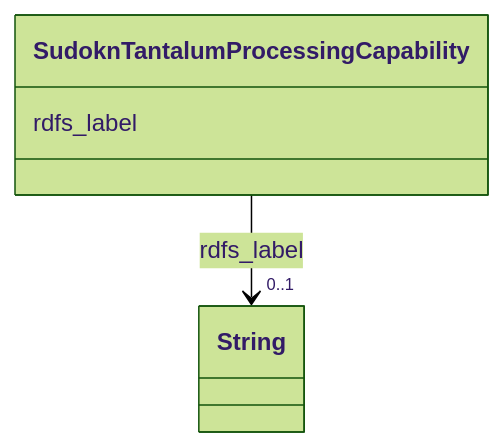
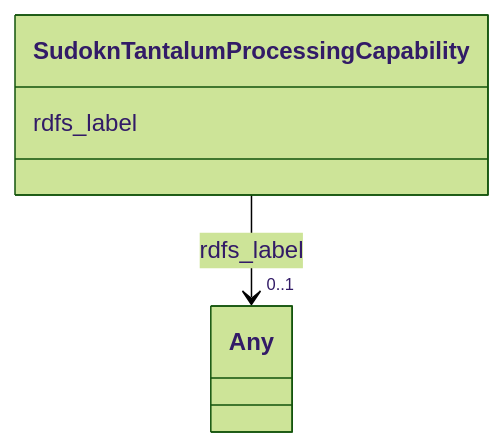
One commit to frink-okn/graph-descriptions changed the diagram in sudokn-kg/classes/SudoknTantalumProcessingCapability.md. Above: the diagram before and after it, drawn with Mermaid (forest theme). The commit also changed other lines of this file and 903 other files, not shown here.

````diff
--- a/sudokn-kg/classes/SudoknTantalumProcessingCapability.md
+++ b/sudokn-kg/classes/SudoknTantalumProcessingCapability.md
@@ -23,15 +18,15 @@
 ```mermaid
  classDiagram
     class SudoknTantalumProcessingCapability
     click SudoknTantalumProcessingCapability href "../SudoknTantalumProcessingCapability"
       SudoknTantalumProcessingCapability : rdfs_label
         
           
     
     
-    SudoknTantalumProcessingCapability --> "0..1" String : rdfs_label
-    click String href "../String"
+    SudoknTantalumProcessingCapability --> "0..1" Any : rdfs_label
+    click Any href "../Any"
 
         
       
 ```
````
